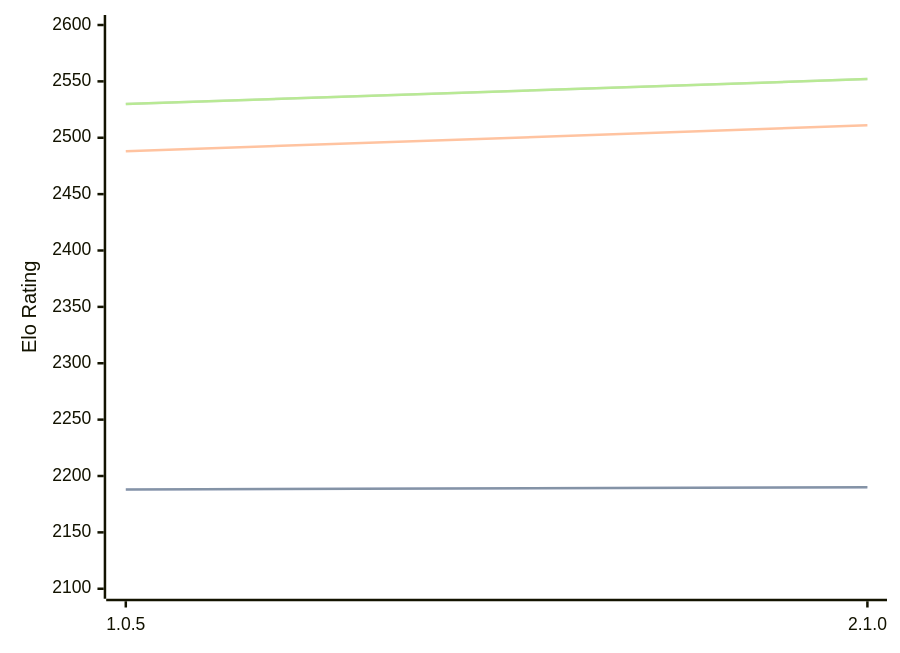
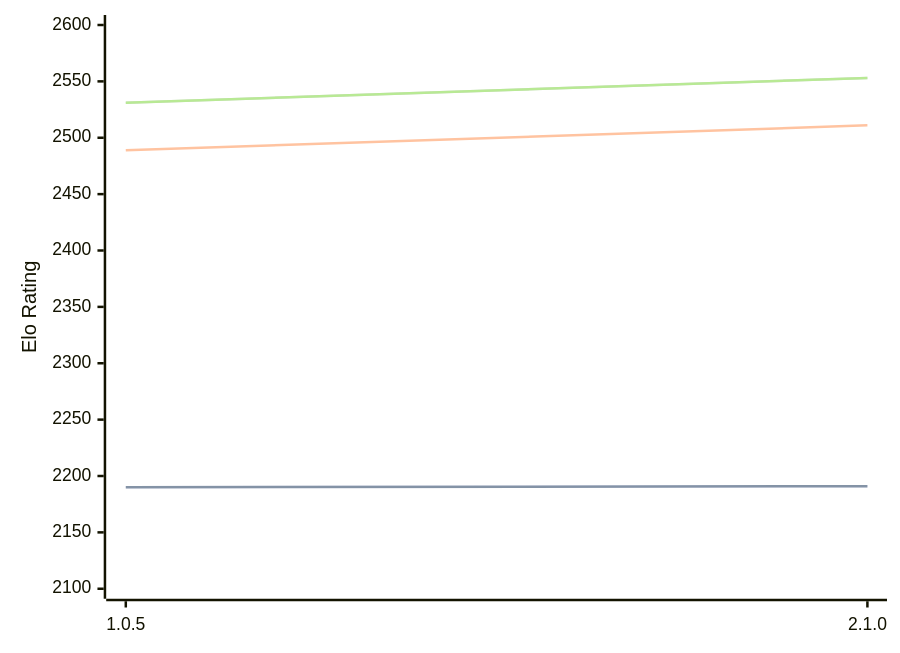
One commit to computer-chess-index/cci changed the diagram in engines/Ruffian.md. Above: the diagram before and after it, drawn with Mermaid. The commit also changed other lines of this file, not shown here.

Commit message:
Update CCI Ratings (ELO VLTC) - 2026-02-20

````diff
--- a/engines/Ruffian.md
+++ b/engines/Ruffian.md
@@ -29,11 +29,11 @@
 ```mermaid
 %%{init: {"theme":"base","themeVariables":{"seriesColors:['#a3a3a3','#222221','#faa371']}}}%%
 xychart-beta
   x-axis ["1.0.5", "2.1.0"]
   y-axis "Elo Rating" 2100 --> 2600
-  line "STC (8.0+0.08s)" [2188, 2190]
-  line "STC (8.0+0.08s)" [2188, 2190]
-  line "LTC (60.0+0.60s)" [2488, 2511]
-  line "VLTC (2m24s+1.12s)" [2530, 2552]
-  line "VLTC (2m24s+1.12s)" [2530, 2552]
+  line "STC (8.0+0.08s)" [2190, 2191]
+  line "STC (8.0+0.08s)" [2190, 2191]
+  line "LTC (60.0+0.60s)" [2489, 2511]
+  line "VLTC (2m24s+1.12s)" [2531, 2553]
+  line "VLTC (2m24s+1.12s)" [2531, 2553]
 ```
````
